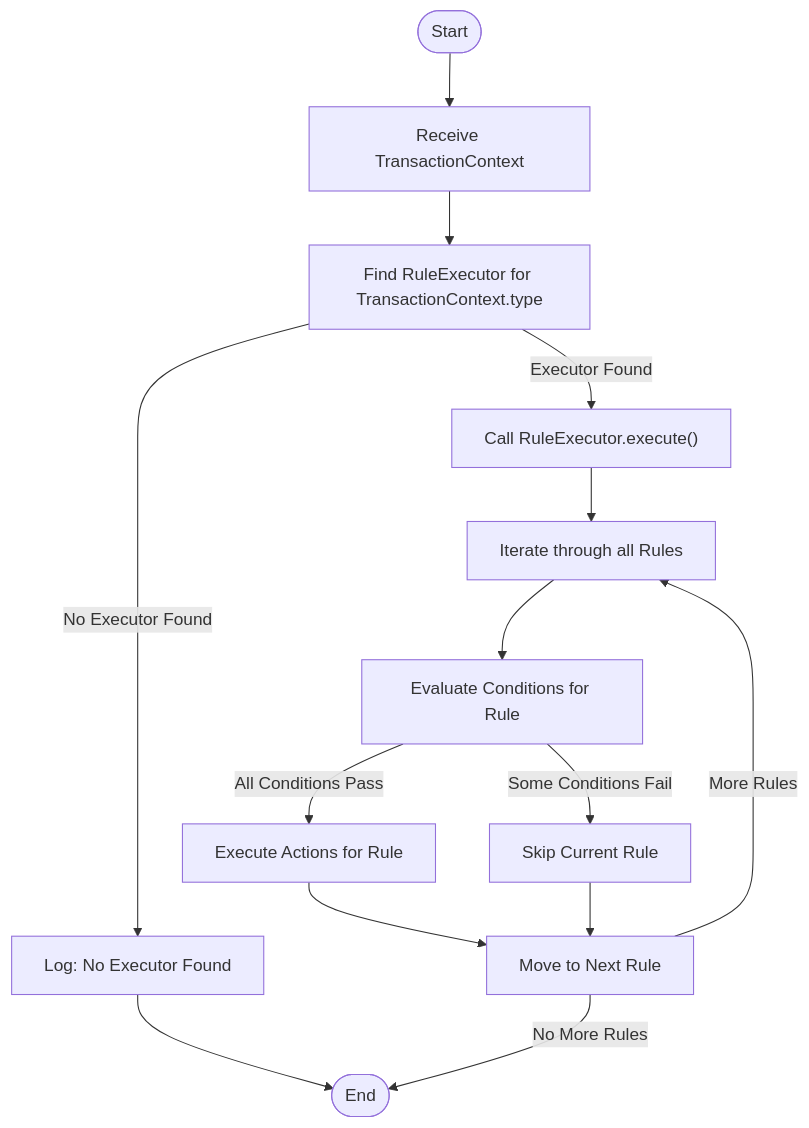
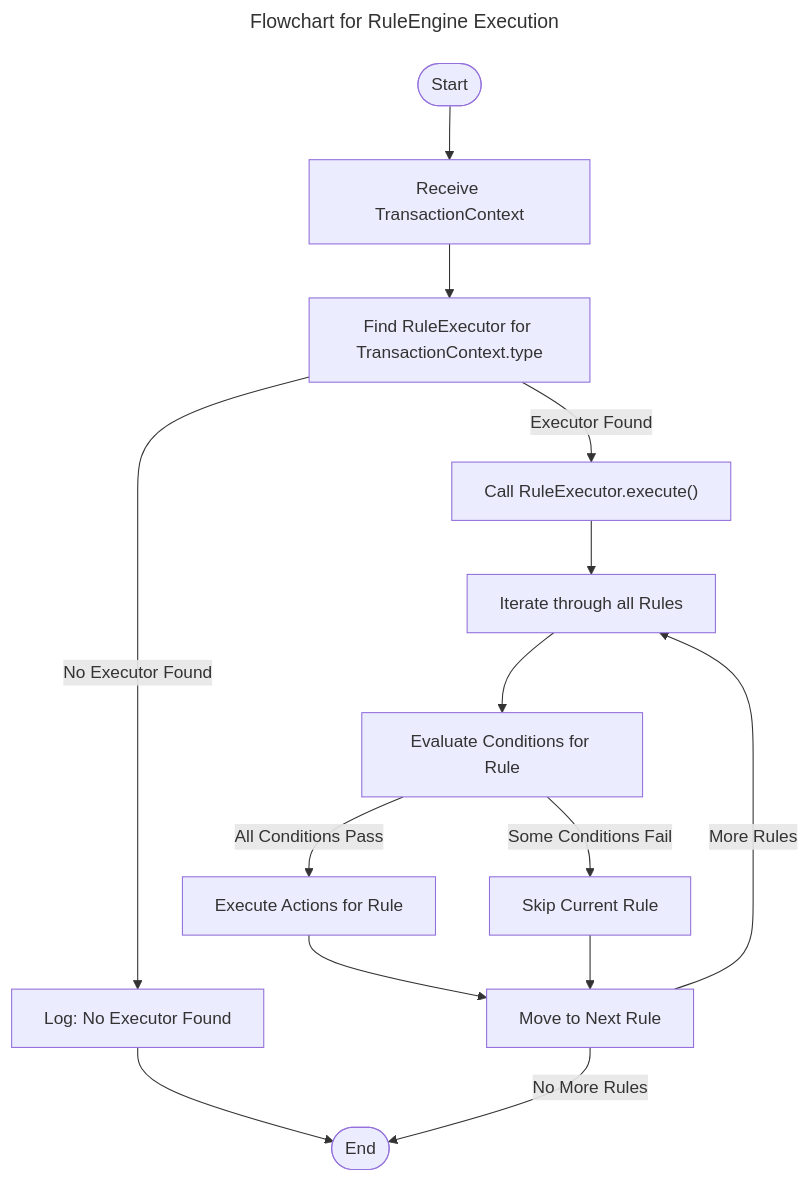
Before and after one commit to thanhtrixx/rule-engine: the second of 3 diagrams in README.md, drawn with Mermaid. The commit also changed other lines of this file, not shown here.

Commit message:
Enhance Flowchart and Class diagram

````diff
--- a/README.md
+++ b/README.md
@@ -81,19 +84,22 @@
 ```mermaid
+---
+title: Flowchart for RuleEngine Execution
+---
 flowchart TD
     Start([Start]) --> GetTransaction[Receive TransactionContext]
     GetTransaction --> FindExecutor[Find RuleExecutor for TransactionContext.type]
     FindExecutor -->|Executor Found| CallExecutor["Call RuleExecutor.execute()"]
     FindExecutor -->|No Executor Found| LogIgnored[Log: No Executor Found]
     LogIgnored --> End([End])
 
     CallExecutor --> EvaluateRules[Iterate through all Rules]
     EvaluateRules --> CheckConditions[Evaluate Conditions for Rule]
 
     CheckConditions -->|All Conditions Pass| ExecuteActions[Execute Actions for Rule]
     CheckConditions -->|Some Conditions Fail| IgnoreRule[Skip Current Rule]
 
     ExecuteActions --> NextRule[Move to Next Rule]
     IgnoreRule --> NextRule
     NextRule -->|More Rules| EvaluateRules
     NextRule -->|No More Rules| End
 ```
````
